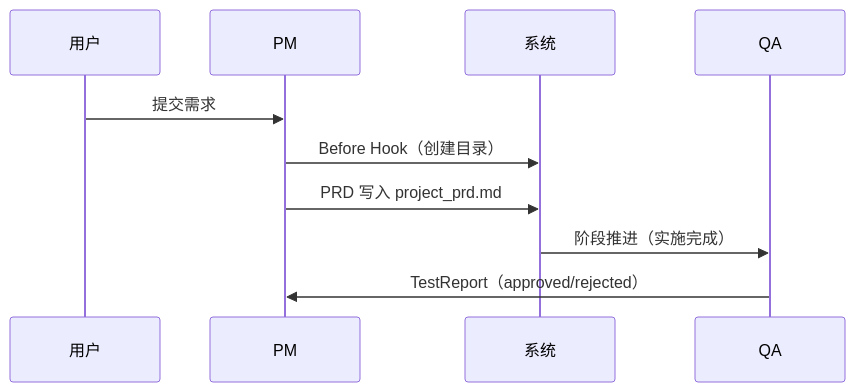
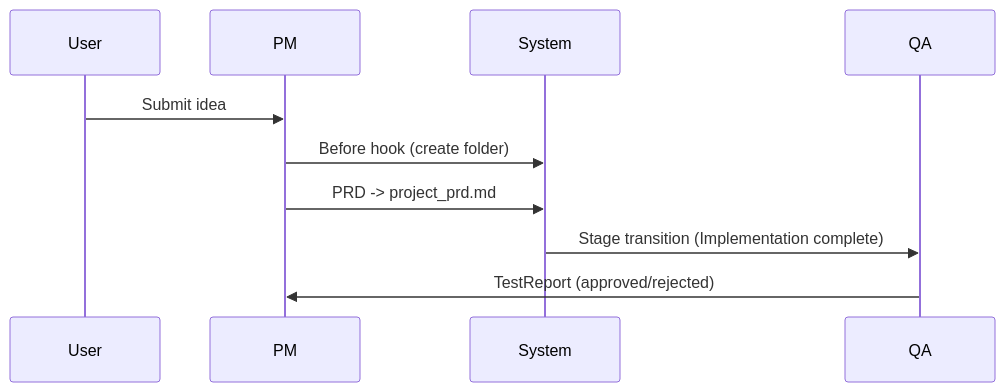
Before and after one commit to liuqin164/openclaw-agents-team-skill: the second of 2 diagrams in README.md, drawn with Mermaid. The commit also changed other lines of this file, not shown here.

````diff
--- a/README.md
+++ b/README.md
@@ -106,13 +106,13 @@
 ```mermaid
 sequenceDiagram
-  participant 用户
+  participant User
   participant PM
-  participant 系统
+  participant System
   participant QA
 
-  用户->>PM: 提交需求
-  PM->>系统: Before Hook（创建目录）
-  PM->>系统: PRD 写入 project_prd.md
-  系统->>QA: 阶段推进（实施完成）
-  QA->>PM: TestReport（approved/rejected）
+  User->>PM: Submit idea
+  PM->>System: Before hook (create folder)
+  PM->>System: PRD -> project_prd.md
+  System->>QA: Stage transition (Implementation complete)
+  QA->>PM: TestReport (approved/rejected)
 ```
````
